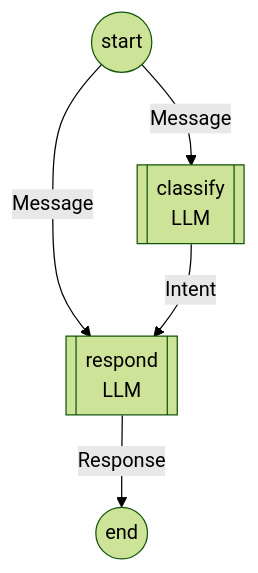
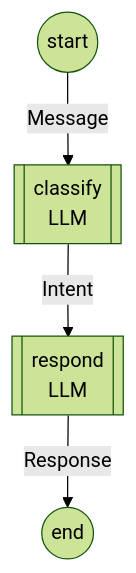
The first of 9 diagrams in src/Tidepool/Graph/diagrams.md (tidepool-heavy-industries/exomonad), drawn with Mermaid (forest theme) before and after one commit. The commit also changed other lines of this file and 1 other file, not shown here.

First line of the commit message:
Fix spurious entry edges in Mermaid diagrams

````diff
--- a/src/Tidepool/Graph/diagrams.md
+++ b/src/Tidepool/Graph/diagrams.md
@@ -20,17 +22,11 @@
 ```mermaid
 flowchart TD
-
-    %% Entry and Exit
     entry((start))
     exit__((end))
-
-    %% Nodes
     classify[["classify<br/>LLM"]]
     respond[["respond<br/>LLM"]]
 
-    %% Edges
     entry --> |Message| classify
-    entry --> |Message| respond
     classify --> |Intent| respond
     respond --> |Response| exit__
 ```
````
